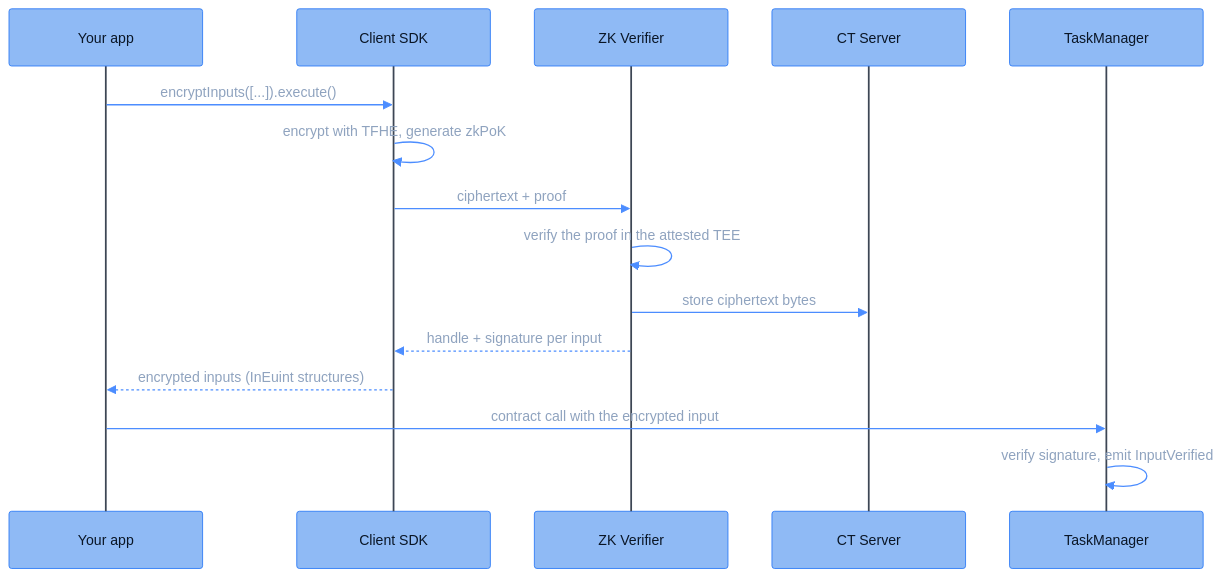
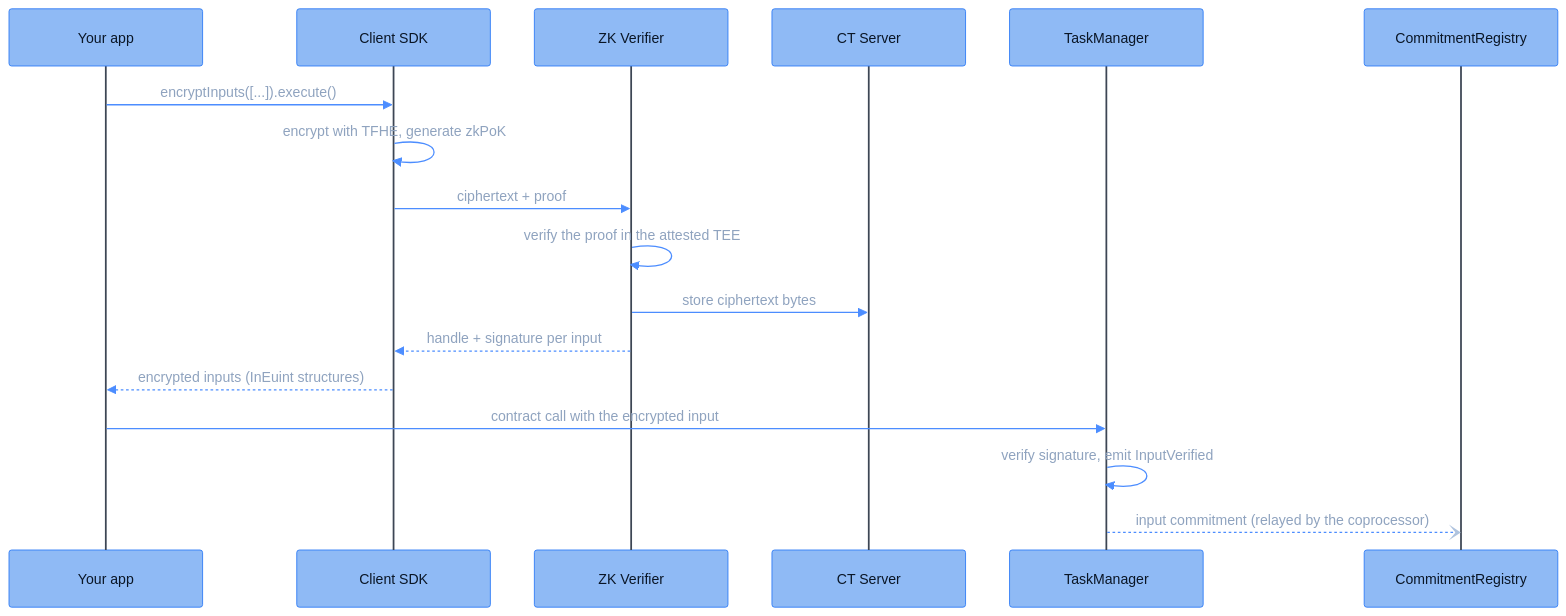
One commit to FhenixProtocol/fhenix-developer-docs changed the diagram in deep-dive/data-flows/encryption-request-flow.mdx. Above: the diagram before and after it, drawn with Mermaid. The commit also changed 9 other files, not shown here.

Commit message:
[DOCS] deep-dive: sweep fixes (links, cross-page consistency, tone, table guards) and readable diagram sizing

````diff
--- a/deep-dive/data-flows/encryption-request-flow.mdx
+++ b/deep-dive/data-flows/encryption-request-flow.mdx
@@ -20,19 +20,21 @@
 ```mermaid
-%%{init: {"theme": "base", "themeVariables": {"fontFamily": "Menlo, Monaco, Consolas, monospace", "fontSize": "13px", "primaryColor": "#8FBAF5", "primaryBorderColor": "#2E7CF6", "primaryTextColor": "#0A1626", "lineColor": "#4C8DFF", "signalColor": "#4C8DFF", "signalTextColor": "#8FA3BF", "actorBkg": "#8FBAF5", "actorBorder": "#2E7CF6", "actorTextColor": "#0A1626", "actorLineColor": "#3D4654", "noteBkgColor": "#14171C", "noteBorderColor": "#3D4654", "noteTextColor": "#AFC3DE", "activationBkgColor": "#1E3A5F", "activationBorderColor": "#4C8DFF", "clusterBkg": "#14171C", "clusterBorder": "#3D4654", "titleColor": "#E7EAEE", "edgeLabelBackground": "#8FBAF5", "textColor": "#AFC3DE", "labelTextColor": "#E7EAEE", "tertiaryColor": "#14171C", "loopTextColor": "#AFC3DE", "labelBoxBkgColor": "#1E3A5F", "labelBoxBorderColor": "#4C8DFF"}, "sequence": {"actorFontFamily": "Menlo, Monaco, Consolas, monospace", "messageFontFamily": "Menlo, Monaco, Consolas, monospace", "noteFontFamily": "Menlo, Monaco, Consolas, monospace", "width": 220}}}%%
+%%{init: {"theme": "base", "themeVariables": {"fontFamily": "Menlo, Monaco, Consolas, monospace", "fontSize": "16px", "primaryColor": "#8FBAF5", "primaryBorderColor": "#2E7CF6", "primaryTextColor": "#0A1626", "lineColor": "#4C8DFF", "signalColor": "#4C8DFF", "signalTextColor": "#8FA3BF", "actorBkg": "#8FBAF5", "actorBorder": "#2E7CF6", "actorTextColor": "#0A1626", "actorLineColor": "#3D4654", "noteBkgColor": "#14171C", "noteBorderColor": "#3D4654", "noteTextColor": "#AFC3DE", "activationBkgColor": "#1E3A5F", "activationBorderColor": "#4C8DFF", "clusterBkg": "#14171C", "clusterBorder": "#3D4654", "titleColor": "#E7EAEE", "edgeLabelBackground": "#8FBAF5", "textColor": "#AFC3DE", "labelTextColor": "#E7EAEE", "tertiaryColor": "#14171C", "loopTextColor": "#AFC3DE", "labelBoxBkgColor": "#1E3A5F", "labelBoxBorderColor": "#4C8DFF"}, "sequence": {"actorFontFamily": "Menlo, Monaco, Consolas, monospace", "messageFontFamily": "Menlo, Monaco, Consolas, monospace", "noteFontFamily": "Menlo, Monaco, Consolas, monospace", "width": 220, "actorFontSize": 16, "messageFontSize": 16, "noteFontSize": 15}}}%%
 sequenceDiagram
     participant App as Your app
     participant SDK as Client SDK
     participant ZK as ZK Verifier
     participant CTS as CT Server
     participant TM as TaskManager
+    participant CR as CommitmentRegistry
 
     App->>SDK: encryptInputs([...]).execute()
     SDK->>SDK: encrypt with TFHE, generate zkPoK
     SDK->>ZK: ciphertext + proof
     ZK->>ZK: verify the proof in the attested TEE
     ZK->>CTS: store ciphertext bytes
     ZK-->>SDK: handle + signature per input
     SDK-->>App: encrypted inputs (InEuint structures)
     App->>TM: contract call with the encrypted input
     TM->>TM: verify signature, emit InputVerified
+    TM--)CR: input commitment (relayed by the coprocessor)
 ```
````
